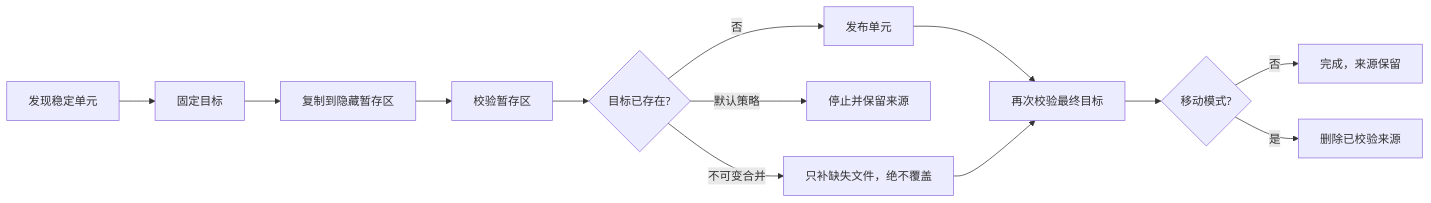
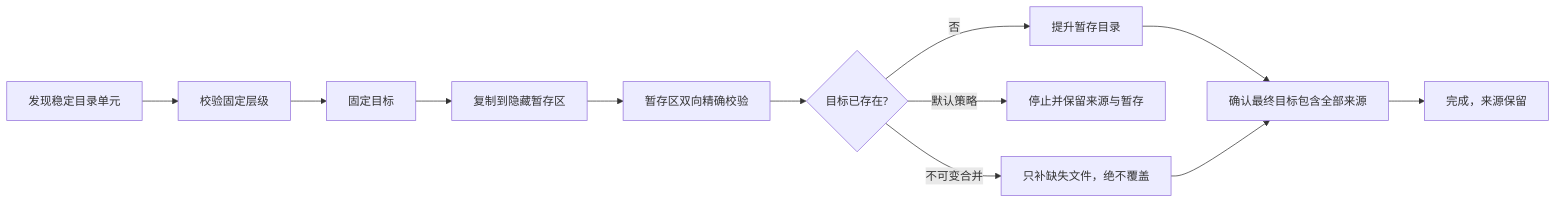
One commit to yuanweize/atomic-sync changed the diagram in README.zh-CN.md. Above: the diagram before and after it, drawn with Mermaid. The commit also changed other lines of this file and 29 other files, not shown here.

````diff
--- a/README.zh-CN.md
+++ b/README.zh-CN.md
@@ -28,15 +28,14 @@
 ```mermaid
 flowchart LR
-  A[发现稳定单元] --> B[固定目标]
-  B --> C[复制到隐藏暂存区]
-  C --> D[校验暂存区]
-  D --> E{目标已存在?}
-  E -->|否| F[发布单元]
-  E -->|默认策略| X[停止并保留来源]
-  E -->|不可变合并| G[只补缺失文件，绝不覆盖]
-  F --> H[再次校验最终目标]
-  G --> H
-  H --> I{移动模式?}
-  I -->|否| J[完成，来源保留]
-  I -->|是| K[删除已校验来源]
+  A[发现稳定目录单元] --> B[校验固定层级]
+  B --> C[固定目标]
+  C --> D[复制到隐藏暂存区]
+  D --> E[暂存区双向精确校验]
+  E --> F{目标已存在?}
+  F -->|否| G[提升暂存目录]
+  F -->|默认策略| X[停止并保留来源与暂存]
+  F -->|不可变合并| H[只补缺失文件，绝不覆盖]
+  G --> I[确认最终目标包含全部来源]
+  H --> I
+  I --> J[完成，来源保留]
 ```
````
